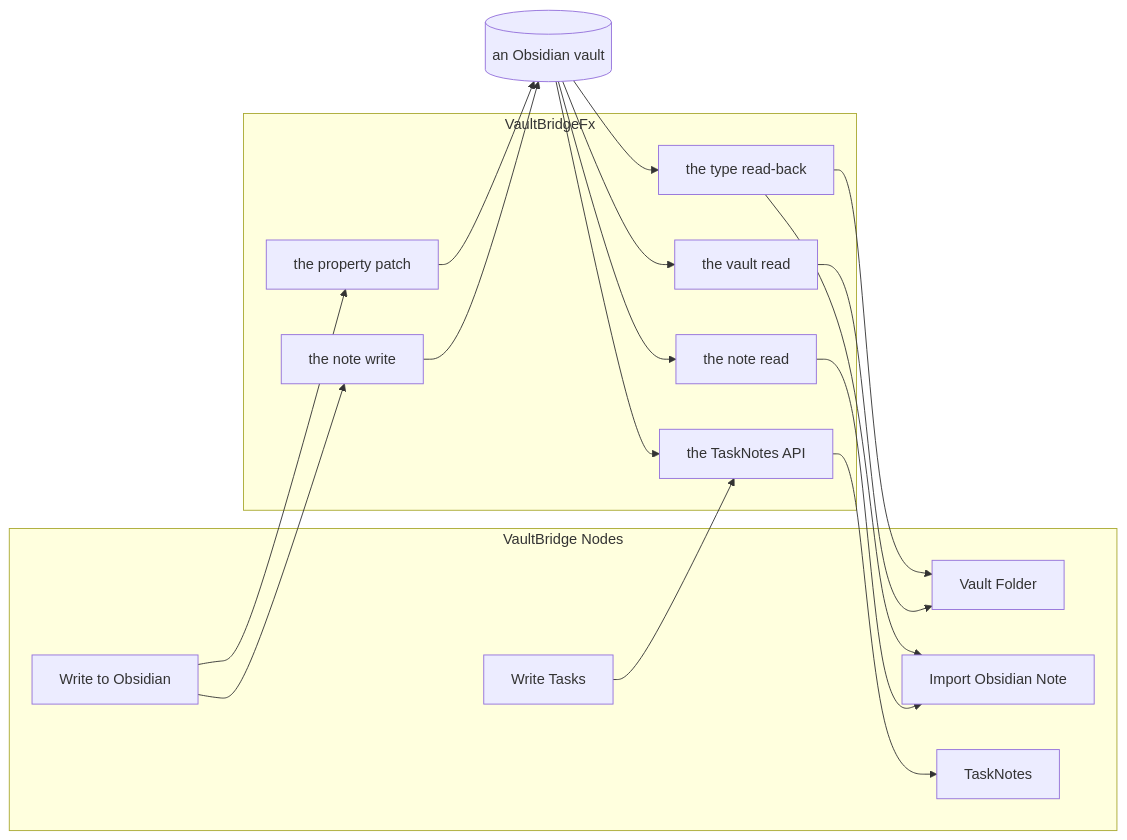
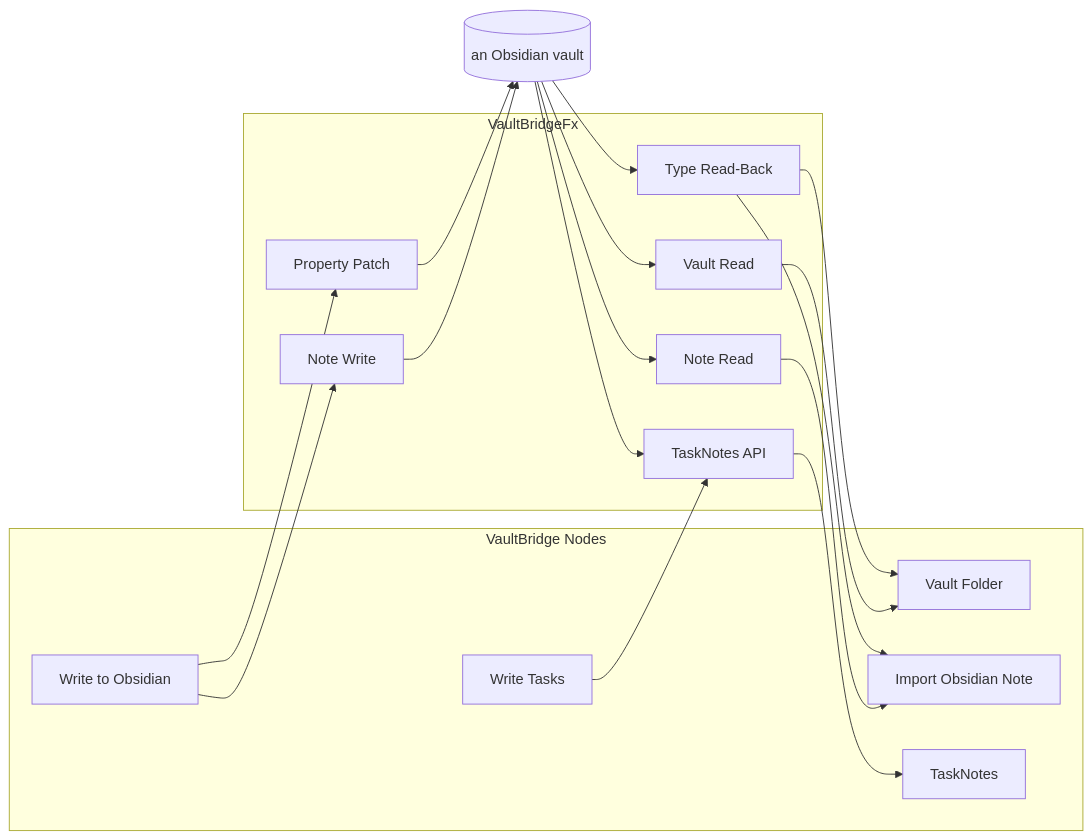
One commit to bubba8587/solenoid changed the diagram in tree/specs/integrations/vault-bridge.md. Above: the diagram before and after it, drawn with Mermaid. The commit also changed other lines of this file and 7 other files, not shown here.

````diff
--- a/tree/specs/integrations/vault-bridge.md
+++ b/tree/specs/integrations/vault-bridge.md
@@ -14,29 +14,29 @@
 ```mermaid
 flowchart LR
     vault[("an Obsidian vault")]
     subgraph fx["VaultBridgeFx"]
-        vr["the vault read"]
-        nr["the note read"]
-        tr["the type read-back"]
-        nw["the note write"]
-        pp["the property patch"]
-        tn["the TaskNotes API"]
+        vr["Vault Read"]
+        nr["Note Read"]
+        tr["Type Read-Back"]
+        nw["Note Write"]
+        pp["Property Patch"]
+        tn["TaskNotes API"]
     end
     subgraph nodes["VaultBridge Nodes"]
         vf["Vault Folder"]
         io["Import Obsidian Note"]
         tk["TaskNotes"]
         wo["Write to Obsidian"]
         wt["Write Tasks"]
     end
     vault --> vr --> vf
     vault --> nr --> io
     vault --> tr
     tr --> vf
     tr --> io
     vault --> tn
     tn --> tk
     wo --> nw --> vault
     wo --> pp --> vault
     wt --> tn
 ```
````
